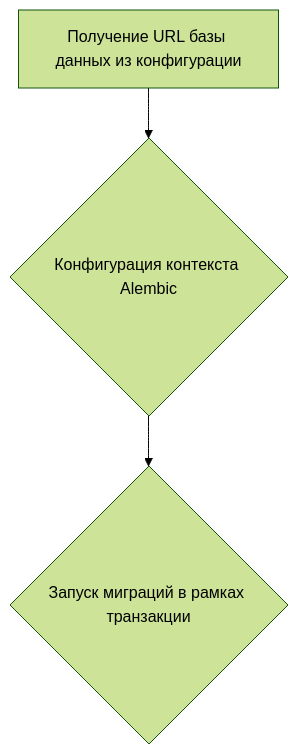
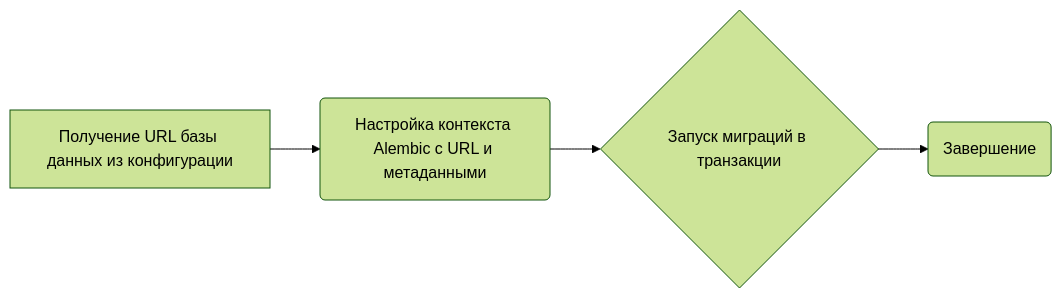
The first of 4 diagrams in docs/gemini/ru/doc/src/endpoints/bots/telegram/digital_market/bot/migration/env.py.md (hypo69/hypo), drawn with Mermaid (forest theme) before and after one commit. The commit also changed other lines of this file and 551 other files, not shown here.

````diff
--- a/docs/gemini/ru/doc/src/endpoints/bots/telegram/digital_market/bot/migration/env.py.md
+++ b/docs/gemini/ru/doc/src/endpoints/bots/telegram/digital_market/bot/migration/env.py.md
@@ -41,5 +47,6 @@
 ```mermaid
-graph TD
-    A[Получение URL базы данных из конфигурации] --> B{Конфигурация контекста Alembic};
-    B --> C{Запуск миграций в рамках транзакции};
+graph LR
+    A[Получение URL базы данных из конфигурации] --> B(Настройка контекста Alembic с URL и метаданными)
+    B --> C{Запуск миграций в транзакции}
+    C --> D(Завершение)
 ```
````
